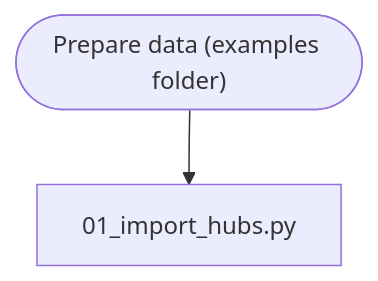
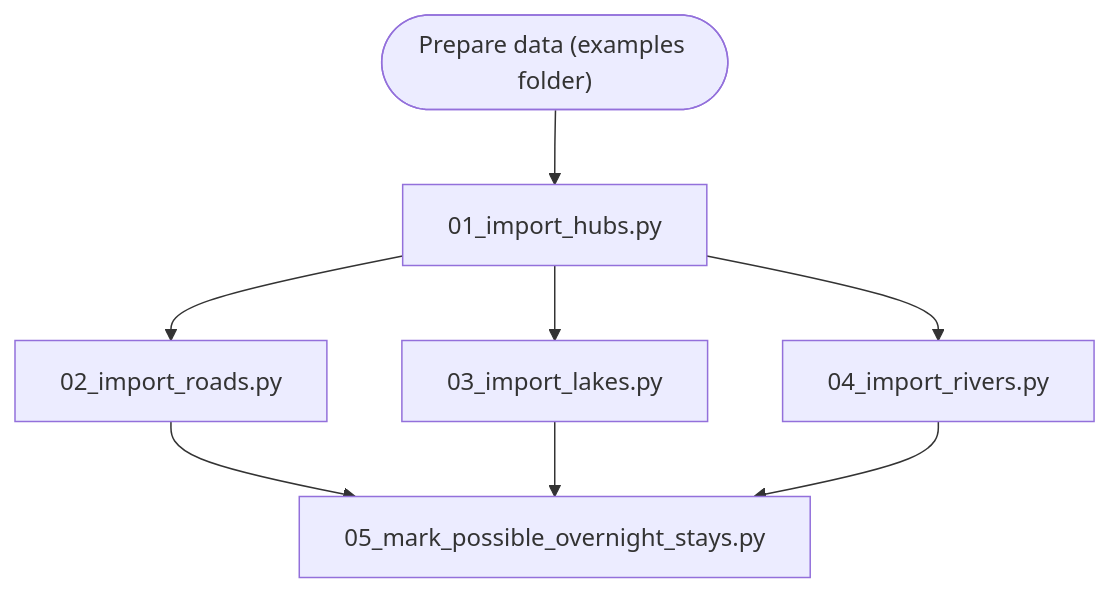
One commit to Simulation-of-Traffic-and-Transport/SiTT changed the diagram in precalculation/README.md. Above: the diagram before and after it, drawn with Mermaid. The commit also changed other lines of this file, not shown here.

Commit message:
Updated documentation of new preparation.

````diff
--- a/precalculation/README.md
+++ b/precalculation/README.md
@@ -18,7 +18,13 @@
 ```mermaid
 flowchart TD
     prepare(["Prepare data (examples folder)"])
     import[01_import_hubs.py]
+    roads[02_import_roads.py]
+    lakes[03_import_lakes.py]
+    rivers[04_import_rivers.py]
+    overnight[05_mark_possible_overnight_stays.py]
     
-    prepare --> import
+    prepare --> import --> roads --> overnight
+    import --> lakes --> overnight
+    import --> rivers --> overnight
 ```
````
